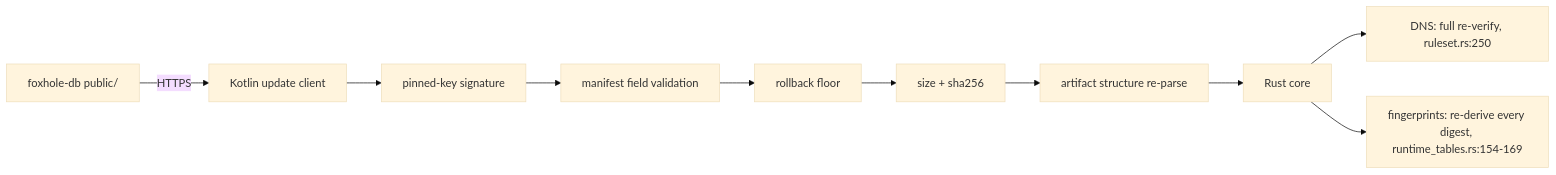
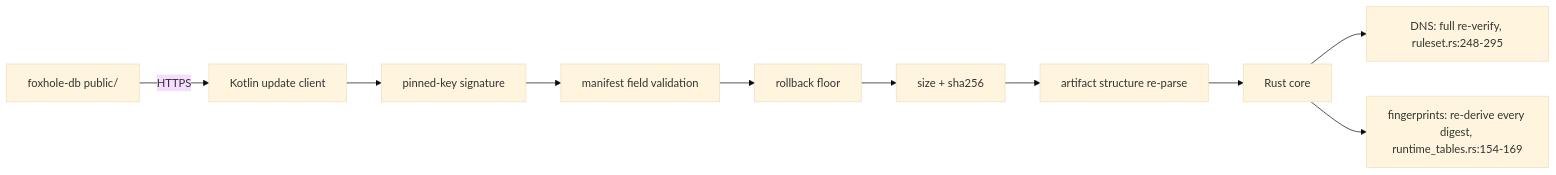
The sixth of 6 diagrams in docs/architecture/05-data-repository.md (foxhole-team/foxhole-core), drawn with Mermaid (base theme) before and after one commit. The commit also changed other lines of this file and 72 other files, not shown here.

````diff
--- a/docs/architecture/05-data-repository.md
+++ b/docs/architecture/05-data-repository.md
@@ -158,12 +156,12 @@
 ```mermaid
 flowchart LR
     R["foxhole-db public/"] -->|HTTPS| K["Kotlin update client"]
     K --> K1["pinned-key signature"]
     K1 --> K2["manifest field validation"]
     K2 --> K3["rollback floor"]
     K3 --> K4["size + sha256"]
     K4 --> K5["artifact structure re-parse"]
     K5 --> N["Rust core"]
-    N --> N1["DNS: full re-verify, ruleset.rs:250"]
+    N --> N1["DNS: full re-verify, ruleset.rs:248-295"]
     N --> N2["fingerprints: re-derive every digest, runtime_tables.rs:154-169"]
 ```
````
